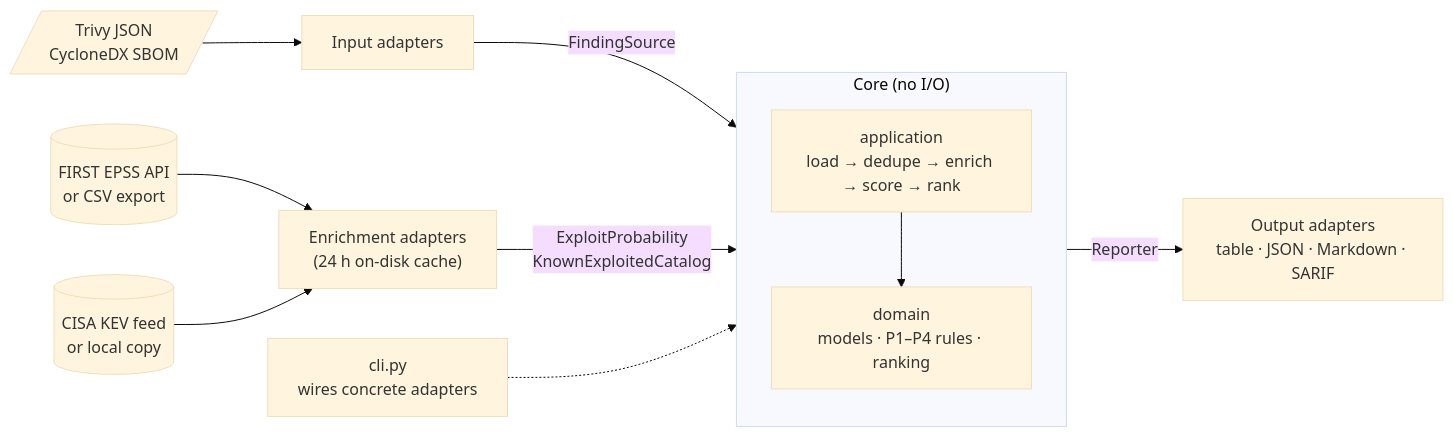
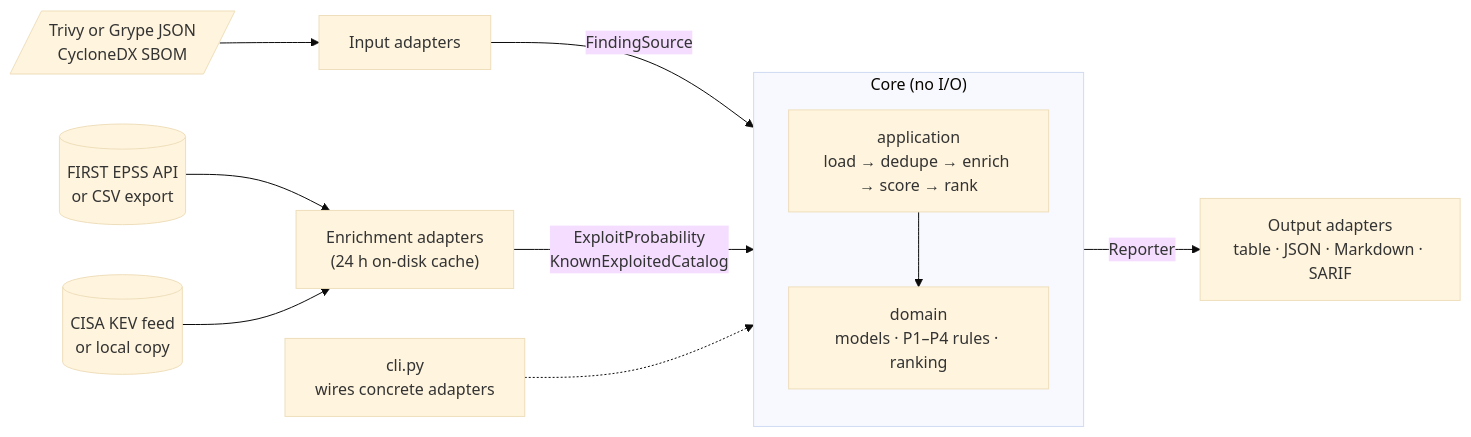
Before and after one commit to Theodhor21/vulnrank: the diagram in README.md, drawn with Mermaid (base theme). The commit also changed other lines of this file and 3 other files, not shown here.

````diff
--- a/README.md
+++ b/README.md
@@ -186,18 +225,18 @@
 ```mermaid
 flowchart LR
-    scan[/"Trivy JSON<br/>CycloneDX SBOM"/] --> inputs["Input adapters"]
+    scan[/"Trivy or Grype JSON<br/>CycloneDX SBOM"/] --> inputs["Input adapters"]
     epss[("FIRST EPSS API<br/>or CSV export")] --> enrich["Enrichment adapters<br/>(24 h on-disk cache)"]
     kev[("CISA KEV feed<br/>or local copy")] --> enrich
 
     subgraph core["Core (no I/O)"]
         direction TB
         app["application<br/>load → dedupe → enrich → score → rank"]
         domain["domain<br/>models · P1–P4 rules · ranking"]
         app --> domain
     end
 
     inputs -- "FindingSource" --> app
     enrich -- "ExploitProbability<br/>KnownExploitedCatalog" --> app
     app -- "Reporter" --> outputs["Output adapters<br/>table · JSON · Markdown · SARIF"]
     cli["cli.py<br/>wires concrete adapters"] -.-> app
 ```
````
